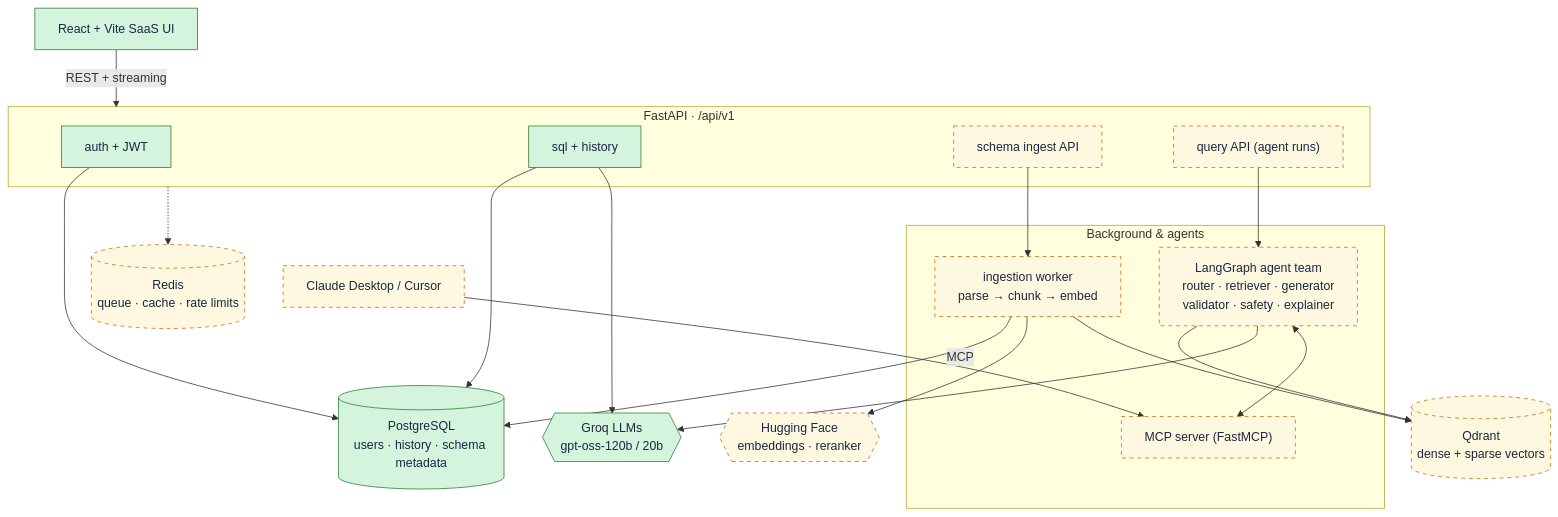
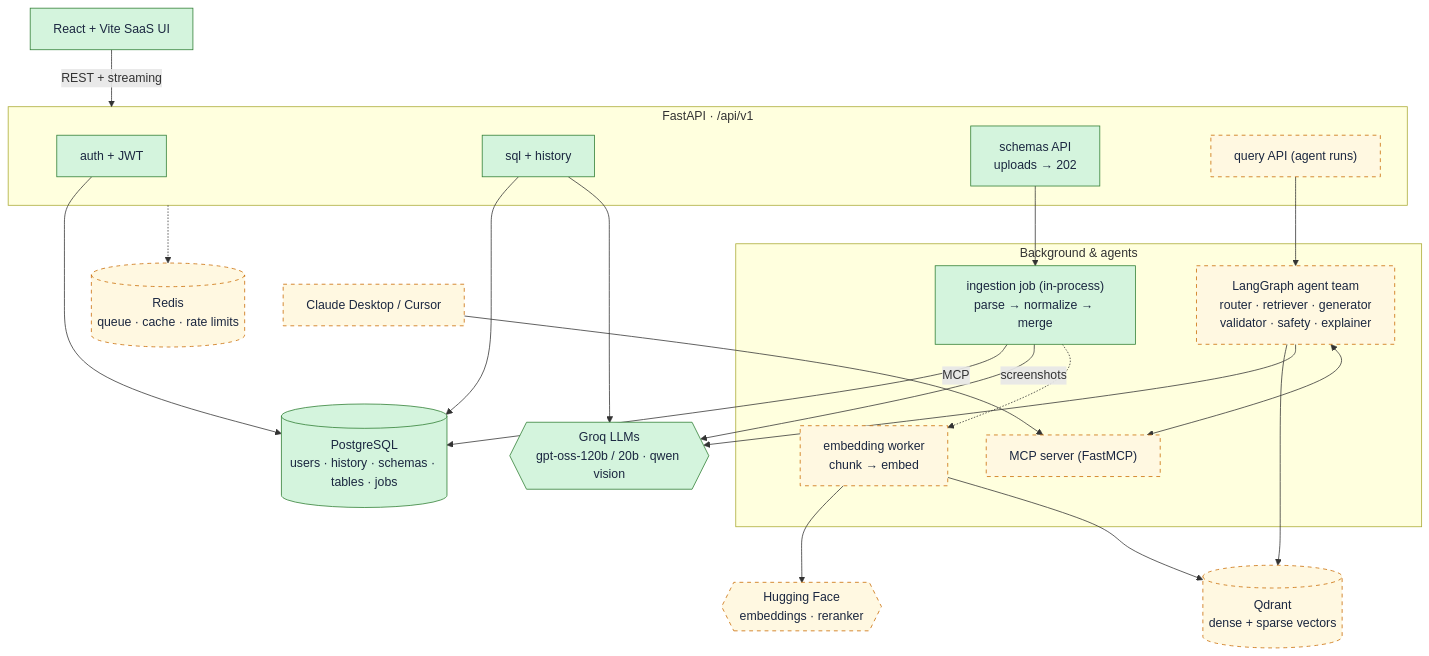
One commit to TanmayDeshpande29/AI-powered-SQL-Assistant changed the first of 10 diagrams in README.md. Above: the diagram before and after it, drawn with Mermaid. The commit also changed other lines of this file and 48 other files, not shown here.

First line of the commit message:
Phase 2: schema ingestion (SQL text, .sql files, screenshots -> normalized schema)

````diff
--- a/README.md
+++ b/README.md
@@ -40,42 +40,45 @@
 ```mermaid
 flowchart TB
     UI["React + Vite SaaS UI"]:::built
 
     subgraph API["FastAPI · /api/v1"]
         AUTH["auth + JWT"]:::built
         SQLR["sql + history"]:::built
-        ING["schema ingest API"]:::planned
+        ING["schemas API<br/>uploads → 202"]:::built
         QRY["query API (agent runs)"]:::planned
     end
 
     subgraph WORK["Background & agents"]
-        WRK["ingestion worker<br/>parse → chunk → embed"]:::planned
+        JOB["ingestion job (in-process)<br/>parse → normalize → merge"]:::built
+        WRK["embedding worker<br/>chunk → embed"]:::planned
         AG["LangGraph agent team<br/>router · retriever · generator<br/>validator · safety · explainer"]:::planned
         MCP["MCP server (FastMCP)"]:::planned
     end
 
-    PG[("PostgreSQL<br/>users · history · schema metadata")]:::built
+    PG[("PostgreSQL<br/>users · history · schemas · tables · jobs")]:::built
     QD[("Qdrant<br/>dense + sparse vectors")]:::planned
     RD[("Redis<br/>queue · cache · rate limits")]:::planned
-    GQ{{"Groq LLMs<br/>gpt-oss-120b / 20b"}}:::built
+    GQ{{"Groq LLMs<br/>gpt-oss-120b / 20b · qwen vision"}}:::built
     HF{{"Hugging Face<br/>embeddings · reranker"}}:::planned
     HOST["Claude Desktop / Cursor"]:::planned
 
     UI -->|REST + streaming| API
     AUTH --> PG
     SQLR --> PG
     SQLR --> GQ
-    ING --> WRK
+    ING --> JOB
+    JOB --> PG
+    JOB -->|screenshots| GQ
+    JOB -.-> WRK
     QRY --> AG
-    WRK --> PG
     WRK --> HF
     WRK --> QD
     AG --> QD
     AG --> GQ
     AG <--> MCP
     HOST -->|MCP| MCP
     API -.-> RD
 
     classDef built fill:#d4f4dd,stroke:#2e7d32,color:#1b2740
     classDef planned fill:#fff8e1,stroke:#c96a00,stroke-dasharray:5 5,color:#1b2740
 ```
````
